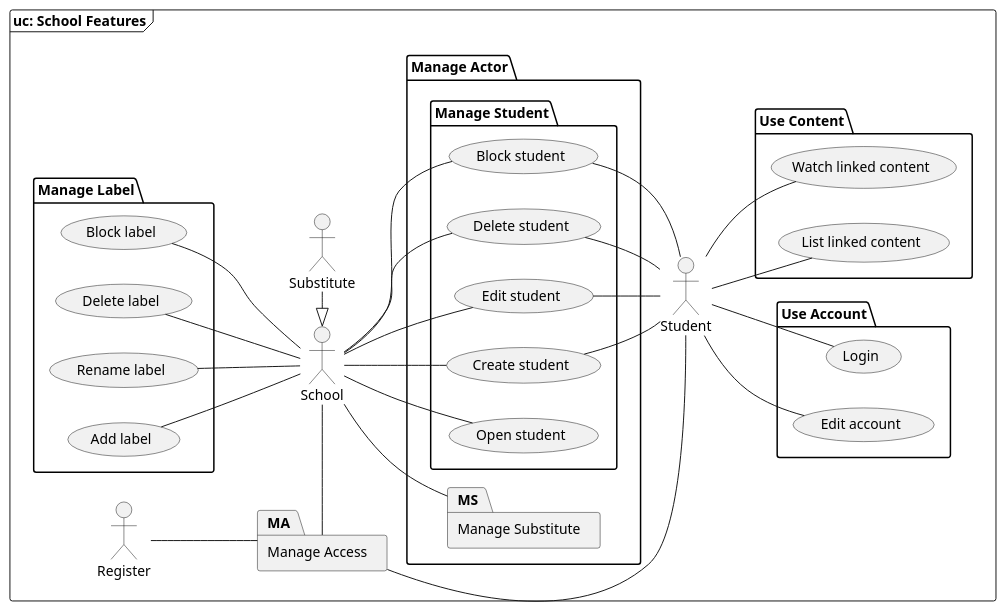
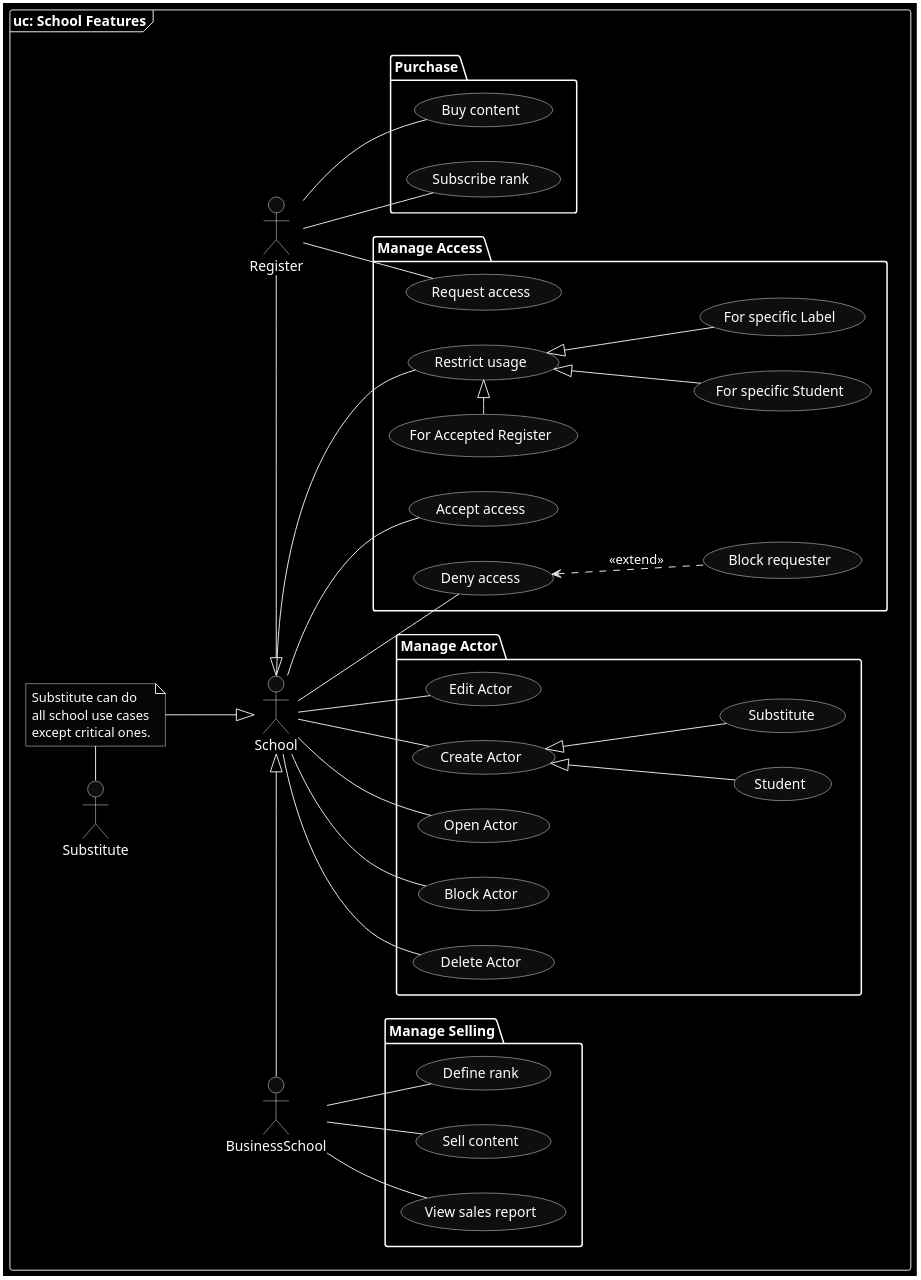
One commit to SSMM0498/arkad-conception changed the diagram in models/1.UseCase/school/1.UseCase.puml. Above: the diagram before and after it, drawn with PlantUML. The commit also changed 63 other files, not shown here.

```diff
--- a/models/1.UseCase/school/1.UseCase.puml
+++ b/models/1.UseCase/school/1.UseCase.puml
@@ -1,76 +1,64 @@
-@startuml UseCase
+@startuml
 left to right direction
 skinparam shadowing false
-skinparam monochrome true
+skinparam monochrome reverse
 
 frame "uc: School Features" {
     actor School
-    actor Student
+    actor BusinessSchool
     actor Substitute
     actor Register
 
-    :School: <|-right- :Substitute:
+    note "Substitute can do\nall school use cases\nexcept critical ones." as NOTE
+    :School: <|-up- NOTE
+    NOTE -left- :Substitute:
+    :School: <|-left- :BusinessSchool:
+    :School: <|-right- :Register:
 
     package "Manage Actor" {
-        package "Manage Student" {
-            (Create student)
-            (Edit student)
-            (Delete student)
-            (Block student)
-            (Open student)
-        }
-
-        package "Manage Substitute" as MS {
-        }
+            (Create Actor) <|-down- (Student)
+            (Create Actor) <|-down- ( Substitute)
+            (Edit Actor)
+            (Delete Actor)
+            (Block Actor)
+            (Open Actor)
     }
 
-    package "Manage Label" {
-        (Add label)
-        (Rename label)
-        (Delete label)
-        (Block label)
-    }
-
-    package "Use Account" {
-        (Login)
-        (Edit account)
-    }
-
-    package "Use Content" {
-        (Watch linked content)
-        (List linked content)
+    package "Manage Selling" as MSE {
+        (Sell content)
+        (Define rank)
+        (View sales report)
     }
 
     package "Manage Access" as MA {
-
+        (Request access)
+        (Restrict usage) <|-left- (For Accepted Register)
+        (Restrict usage) <|-down- (For specific Label)
+        (Restrict usage) <|-down- (For specific Student)
+        (Deny access) <.down. (Block requester) : <<extend>>
+        (Accept access)
     }
 
-    :Student: -up- (Create student)
-    :Student: -up- (Edit student)
-    :Student: -up- (Delete student)
-    :Student: -up- (Block student)
+    package "Purchase" as UCO {
+        (Buy content)
+        (Subscribe rank)
+    }
 
-    :Student: -down- (Login)
-    :Student: -left- MA
-    :Student: -down- (Edit account)
-    :Student: -down- (Watch linked content)
-    :Student: -down- (List linked content)
+    :School: -down- (Create Actor)
+    :School: -down- (Edit Actor)
+    :School: -down- (Block Actor)
+    :School: -down- (Delete Actor)
+    :School: -down- (Open Actor)
+    :School: -down- (Restrict usage)
+    :School: -down- (Accept access)
+    :School: -down- (Deny access)
 
-    :School: -down- (Create student)
-    :School: -down- (Edit student)
-    :School: -down- (Block student)
-    :School: -down- (Delete student)
-    :School: -down- (Open student)
+    :Register: -down- (Request access)
+    :Register: -down- (Buy content)
+    :Register: -down- (Subscribe rank)
 
-    :School: -up- (Add label)
-    :School: -up- (Rename label)
-    :School: -up- (Delete label)
-    :School: -up- (Block label)
-
-    :School: -left- MA
-    :School: -- MS
-
-    :Register: -down- MA
+    :BusinessSchool: -down- (Sell content)
+    :BusinessSchool: -down- (Define rank)
+    :BusinessSchool: -left- (View sales report)
 }
-
 @enduml
```
